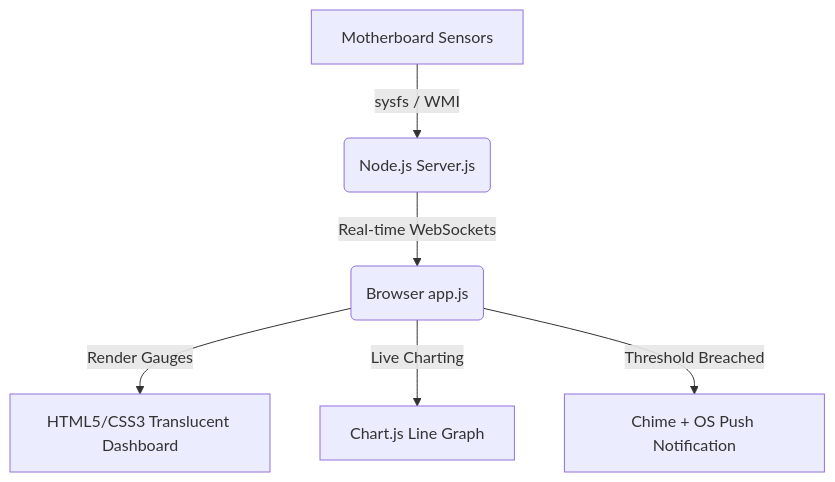
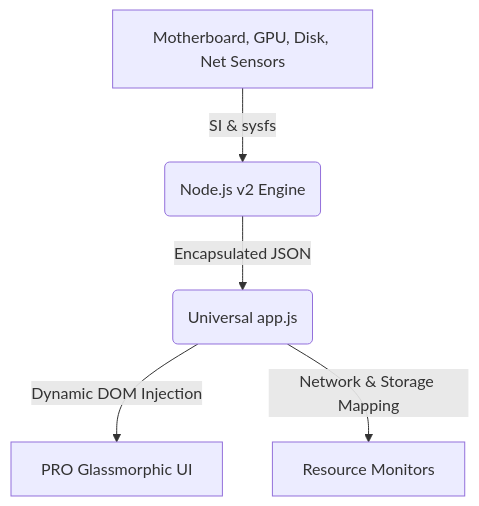
Before and after one commit to TheShellMaster/thermal-monitor: the diagram in README.md, drawn with Mermaid. The commit also changed other lines of this file and 4 other files, not shown here.

Commit message:
feat: v2.0 Pro - Universal hardware detection, Multi-GPU, Network & Storage monitoring

````diff
--- a/README.md
+++ b/README.md
@@ -70,8 +60,7 @@
 ```mermaid
 graph TD
-    Sensors[Motherboard Sensors] -->|sysfs / WMI| NodeServer(Node.js Server.js)
-    NodeServer -->|Real-time WebSockets| ClientJS(Browser app.js)
-    ClientJS -->|Render Gauges| Dashboard[HTML5/CSS3 Translucent Dashboard]
-    ClientJS -->|Live Charting| Chart[Chart.js Line Graph]
-    ClientJS -->|Threshold Breached| Alerts[Chime + OS Push Notification]
+    Sensors[Motherboard, GPU, Disk, Net Sensors] -->|SI & sysfs| NodeServer(Node.js v2 Engine)
+    NodeServer -->|Encapsulated JSON| ClientJS(Universal app.js)
+    ClientJS -->|Dynamic DOM Injection| Dashboard[PRO Glassmorphic UI]
+    ClientJS -->|Network & Storage Mapping| List[Resource Monitors]
 ```
````
